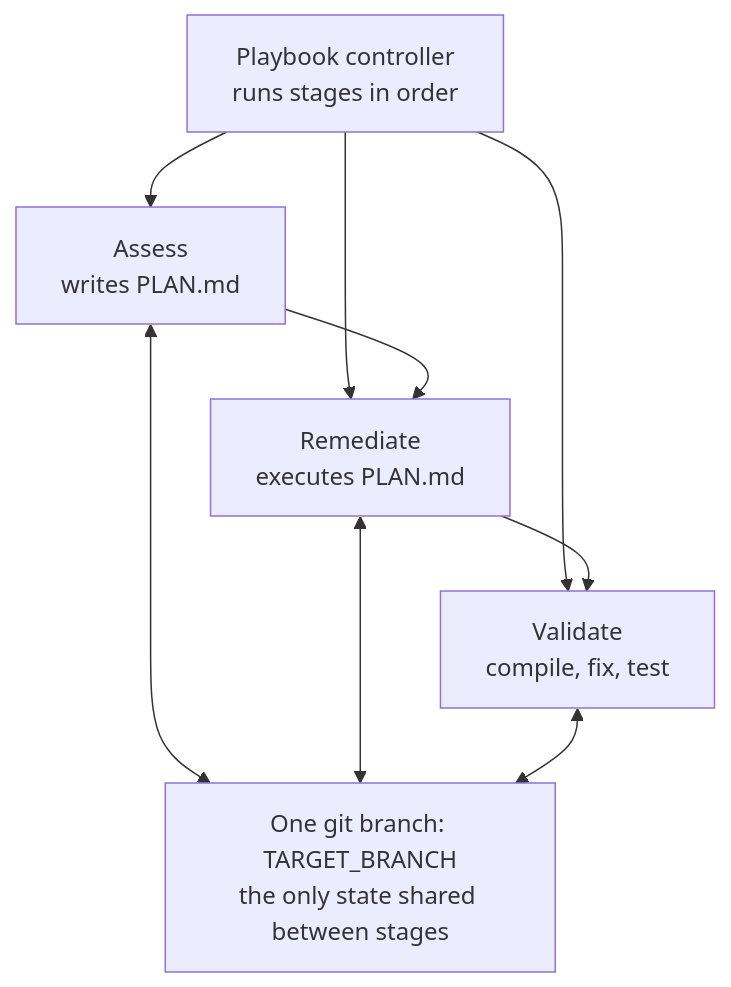
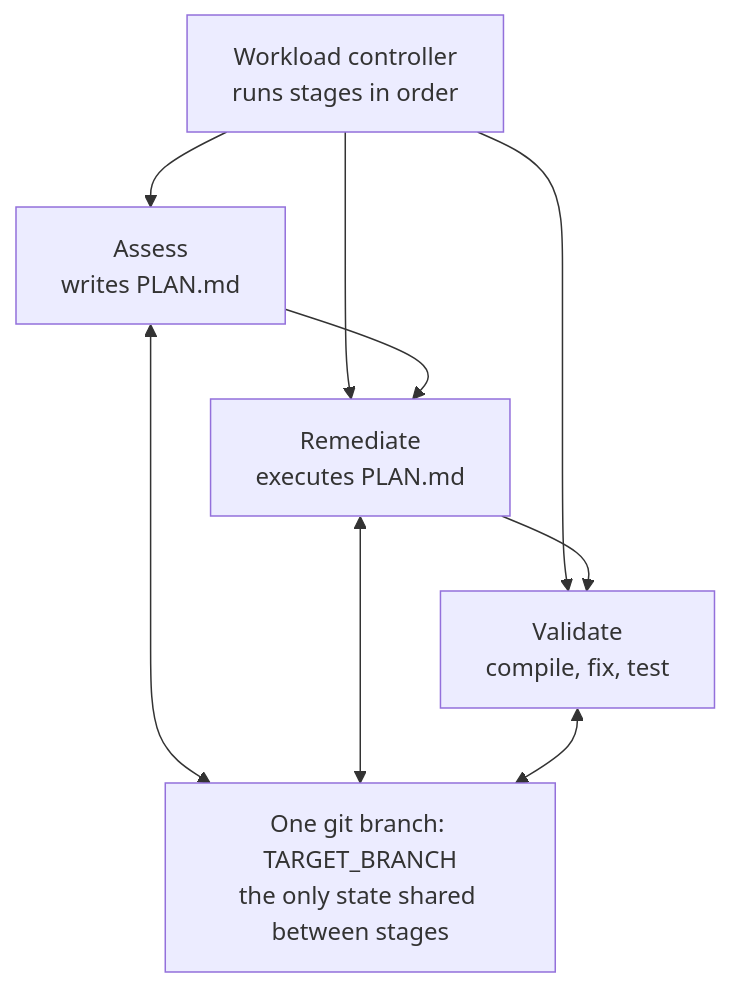
One commit to ibolton336/agentcontroller-client changed the first of 3 diagrams in docs/harness-mental-model.md. Above: the diagram before and after it, drawn with Mermaid. The commit also changed other lines of this file and 40 other files, not shown here.

First line of the commit message:
Rename playbook to workload across gateway, contract, manifests, docs

````diff
--- a/docs/harness-mental-model.md
+++ b/docs/harness-mental-model.md
@@ -22,17 +22,17 @@
 ```mermaid
 flowchart TD
-    C["Playbook controller<br/>runs stages in order"]
+    C["Workload controller<br/>runs stages in order"]
     A["Assess<br/>writes PLAN.md"]
     R["Remediate<br/>executes PLAN.md"]
     V["Validate<br/>compile, fix, test"]
     B["One git branch: TARGET_BRANCH<br/>the only state shared between stages"]
 
     C --> A
     C --> R
     C --> V
     A --> R
     R --> V
     A <--> B
     R <--> B
     V <--> B
 ```
````
